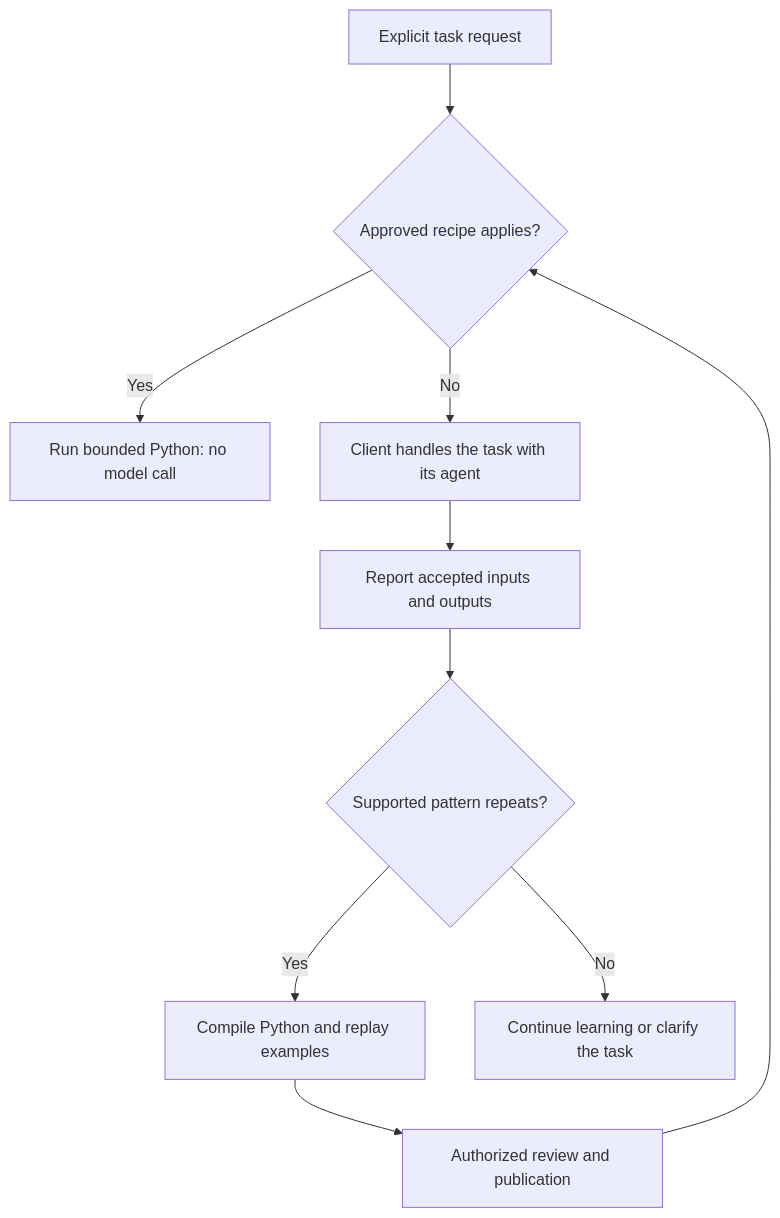
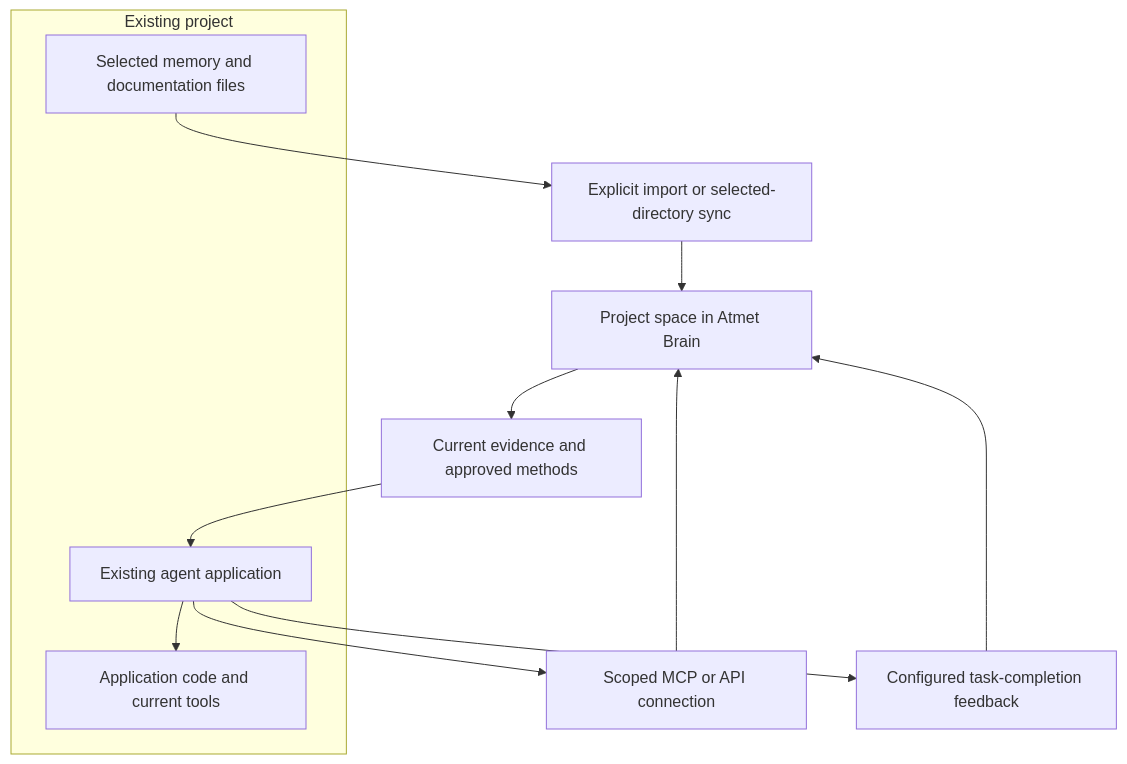
One commit to Atmet-AI/Atmet-brain changed the diagram in docs/diagrams/overview-5.mmd. Above: the diagram before and after it, drawn with Mermaid. The commit also changed 16 other files, not shown here.

Commit message:
Explain Brain setup, memory types and existing project integration

```diff
--- a/docs/diagrams/overview-5.mmd
+++ b/docs/diagrams/overview-5.mmd
@@ -1,10 +1,15 @@
 flowchart TB
-    Task["Explicit task request"] --> Match{"Approved recipe applies?"}
-    Match -->|Yes| Script["Run bounded Python: no model call"]
-    Match -->|No| Agent["Client handles the task with its agent"]
-    Agent --> Observe["Report accepted inputs and outputs"]
-    Observe --> Pattern{"Supported pattern repeats?"}
-    Pattern -->|Yes| Draft["Compile Python and replay examples"]
-    Draft --> Review["Authorized review and publication"]
-    Review --> Match
-    Pattern -->|No| Keep["Continue learning or clarify the task"]
+    subgraph Project["Existing project"]
+        Code["Application code and current tools"]
+        Notes["Selected memory and documentation files"]
+        Agent["Existing agent application"]
+    end
+    Notes --> Import["Explicit import or selected-directory sync"]
+    Import --> Space["Project space in Atmet Brain"]
+    Agent --> Access["Scoped MCP or API connection"]
+    Access --> Space
+    Space --> Context["Current evidence and approved methods"]
+    Context --> Agent
+    Agent --> Code
+    Agent --> Feedback["Configured task-completion feedback"]
+    Feedback --> Space
```
